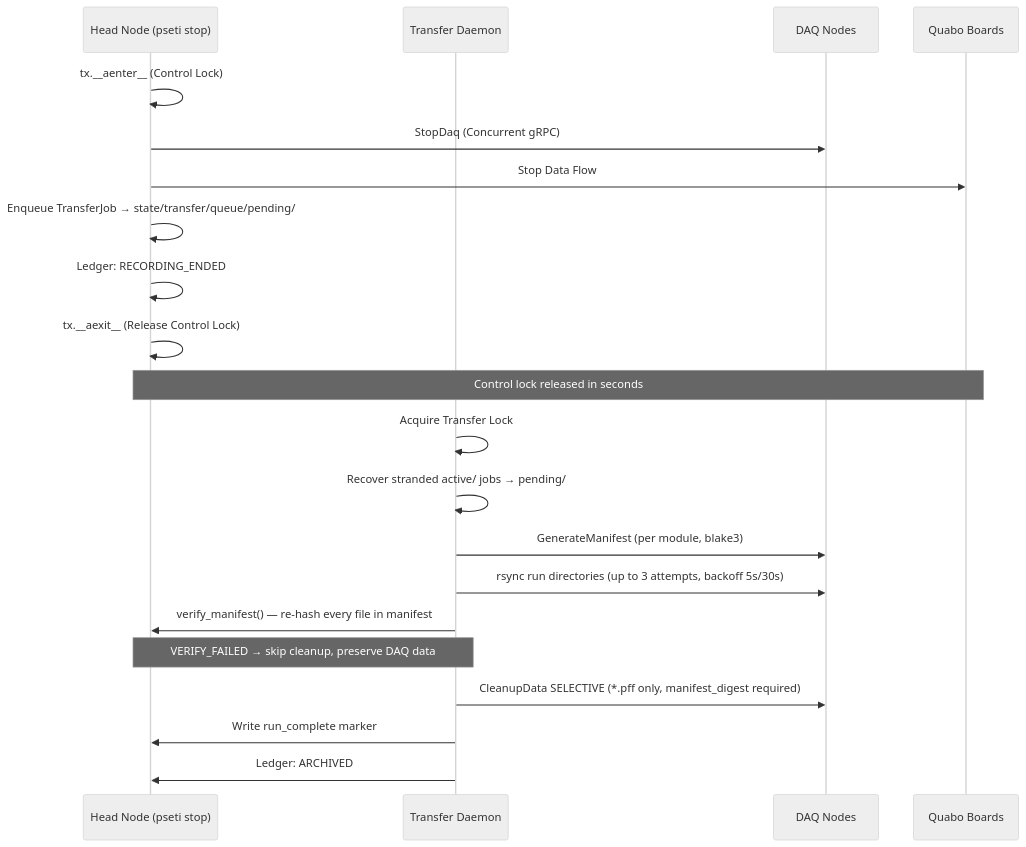
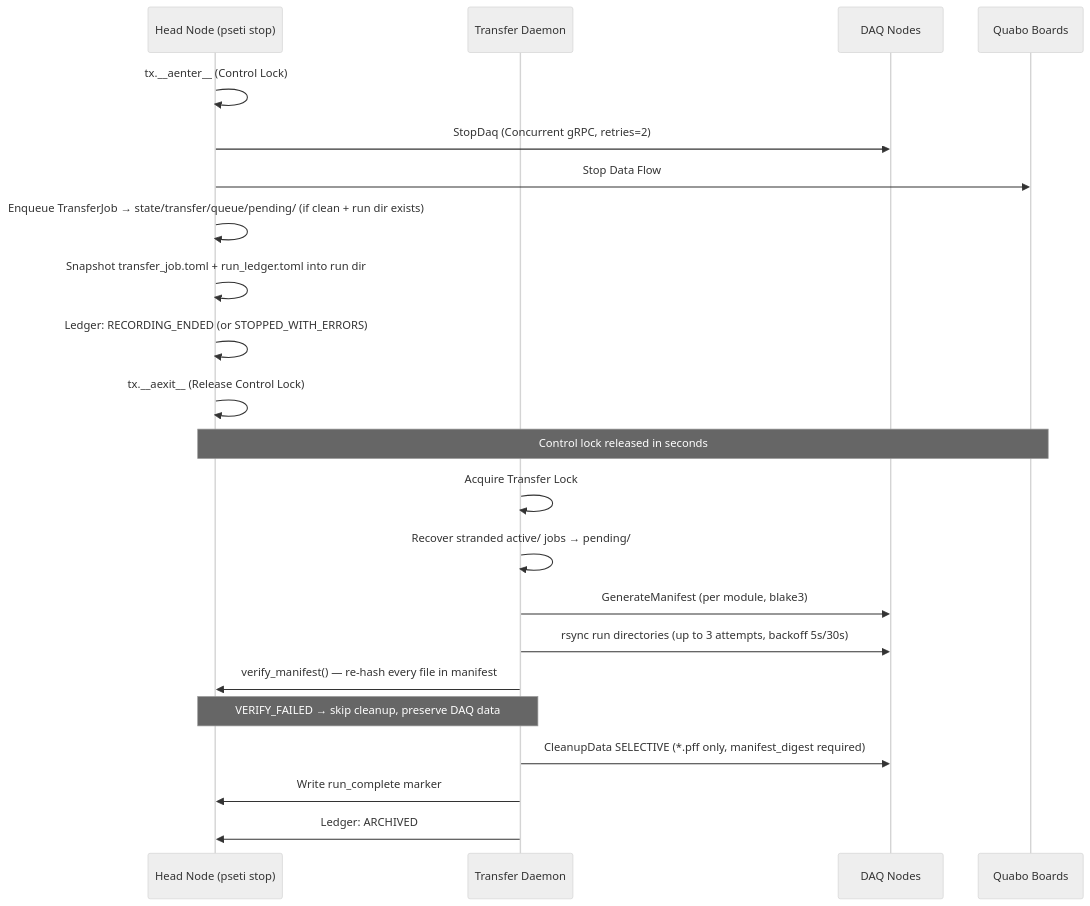
One commit to panoseti/panoseti changed the fourth of 4 diagrams in control/TRANSACTIONS.md. Above: the diagram before and after it, drawn with Mermaid (neutral theme). The commit also changed other lines of this file, not shown here.

````diff
--- a/control/TRANSACTIONS.md
+++ b/control/TRANSACTIONS.md
@@ -381,26 +461,27 @@
 ```mermaid
 sequenceDiagram
     participant Head as Head Node (pseti stop)
     participant Daemon as Transfer Daemon
     participant DAQ as DAQ Nodes
     participant Quabo as Quabo Boards
 
     Head->>Head: tx.__aenter__ (Control Lock)
-    Head->>DAQ: StopDaq (Concurrent gRPC)
+    Head->>DAQ: StopDaq (Concurrent gRPC, retries=2)
     Head->>Quabo: Stop Data Flow
-    Head->>Head: Enqueue TransferJob → state/transfer/queue/pending/
-    Head->>Head: Ledger: RECORDING_ENDED
+    Head->>Head: Enqueue TransferJob → state/transfer/queue/pending/ (if clean + run dir exists)
+    Head->>Head: Snapshot transfer_job.toml + run_ledger.toml into run dir
+    Head->>Head: Ledger: RECORDING_ENDED (or STOPPED_WITH_ERRORS)
     Head->>Head: tx.__aexit__ (Release Control Lock)
 
     Note over Head,Quabo: Control lock released in seconds
 
     Daemon->>Daemon: Acquire Transfer Lock
     Daemon->>Daemon: Recover stranded active/ jobs → pending/
     Daemon->>DAQ: GenerateManifest (per module, blake3)
     Daemon->>DAQ: rsync run directories (up to 3 attempts, backoff 5s/30s)
     Daemon->>Head: verify_manifest() — re-hash every file in manifest
     Note over Daemon,Head: VERIFY_FAILED → skip cleanup, preserve DAQ data
     Daemon->>DAQ: CleanupData SELECTIVE (*.pff only, manifest_digest required)
     Daemon->>Head: Write run_complete marker
     Daemon->>Head: Ledger: ARCHIVED
 ```
````
